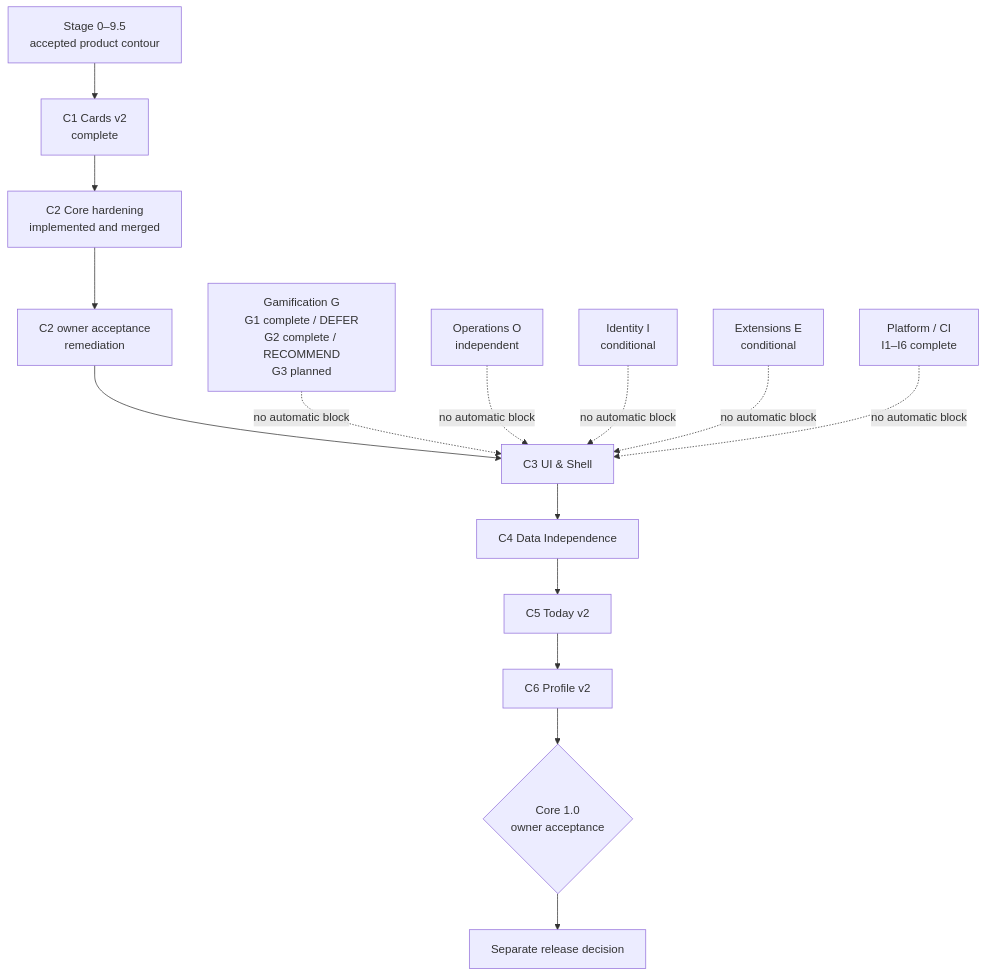
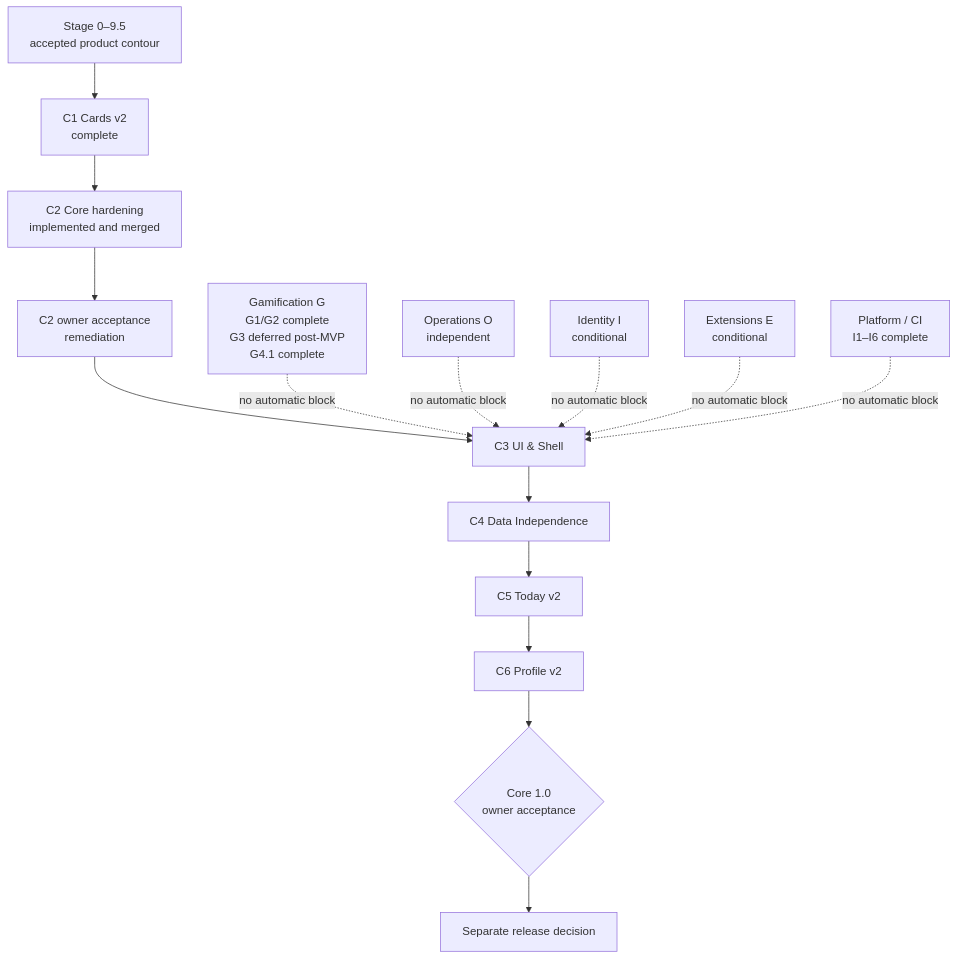
Before and after one commit to AliceLiddell01/anki-study-report: the diagram in roadmap/README.md, drawn with Mermaid. The commit also changed other lines of this file, not shown here.

Commit message:
Synchronize the root roadmap with the G3 deferral and G4.1 freeze

````diff
--- a/roadmap/README.md
+++ b/roadmap/README.md
@@ -9,24 +9,24 @@
 ```mermaid
 flowchart TB
     S[Stage 0–9.5<br/>accepted product contour] --> C1[C1 Cards v2<br/>complete]
     C1 --> C2[C2 Core hardening<br/>implemented and merged]
     C2 --> A[C2 owner acceptance<br/>remediation]
     A --> C3[C3 UI & Shell]
     C3 --> C4[C4 Data Independence]
     C4 --> C5[C5 Today v2]
     C5 --> C6[C6 Profile v2]
     C6 --> R{Core 1.0<br/>owner acceptance}
     R --> REL[Separate release decision]
 
-    G[Gamification G<br/>G1 complete / DEFER<br/>G2 complete / RECOMMEND<br/>G3 planned]
+    G[Gamification G<br/>G1/G2 complete<br/>G3 deferred post-MVP<br/>G4.1 complete]
     O[Operations O<br/>independent]
     I[Identity I<br/>conditional]
     E[Extensions E<br/>conditional]
     P[Platform / CI<br/>I1–I6 complete]
 
     G -. no automatic block .-> C3
     O -. no automatic block .-> C3
     I -. no automatic block .-> C3
     E -. no automatic block .-> C3
     P -. no automatic block .-> C3
 ```
````
